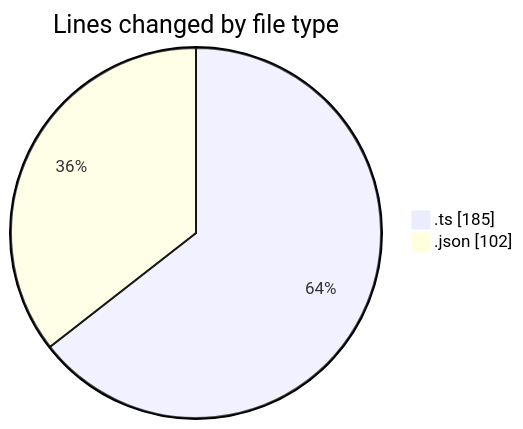
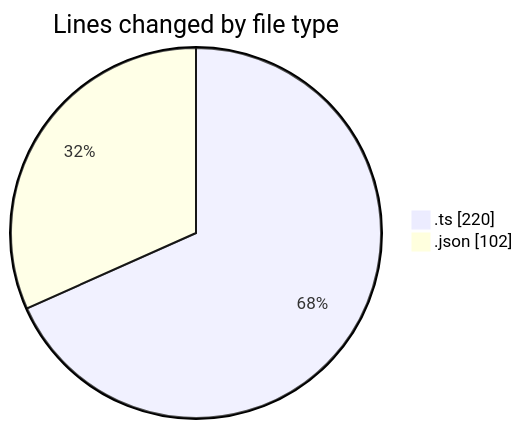
The first of 2 diagrams in 2026-03-30/cinema/README.md (igalym/code-tracking), drawn with Mermaid before and after one commit. The commit also changed other lines of this file and 1 other file, not shown here.

````diff
--- a/2026-03-30/cinema/README.md
+++ b/2026-03-30/cinema/README.md
@@ -30,6 +31,6 @@
 ```mermaid
 pie showData
 title Lines changed by file type
-".ts" : 185
+".ts" : 220
 ".json" : 102
 ```
````
